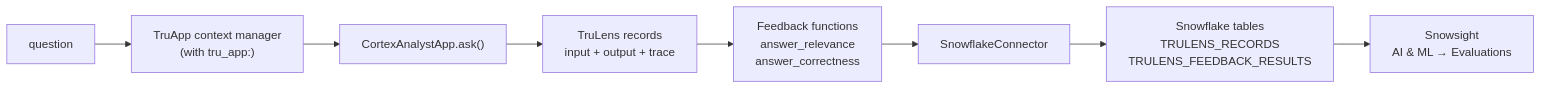
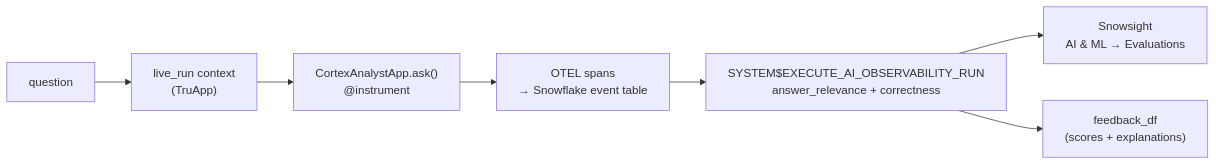
The ninth of 13 diagrams in .claude/architecture/ARCHITECTURE.md (CynicDog/semantic-model-weaver), drawn with Mermaid before and after one commit. The commit also changed other lines of this file and 21 other files, not shown here.

````diff
--- a/.claude/architecture/ARCHITECTURE.md
+++ b/.claude/architecture/ARCHITECTURE.md
@@ -344,14 +470,13 @@
 ```mermaid
 flowchart LR
     q["question"]
-    app["CortexAnalystApp.ask()"]
-    tru["TruApp context manager\n(with tru_app:)"]
-    rec["TruLens records\ninput + output + trace"]
-    fb["Feedback functions\nanswer_relevance\nanswer_correctness"]
-    conn["SnowflakeConnector"]
-    tbls["Snowflake tables\nTRULENS_RECORDS\nTRULENS_FEEDBACK_RESULTS"]
+    app["CortexAnalystApp.ask()\n@instrument"]
+    live["live_run context\n(TruApp)"]
+    otel["OTEL spans\n→ Snowflake event table"]
+    metrics["SYSTEM$EXECUTE_AI_OBSERVABILITY_RUN\nanswer_relevance + correctness"]
     ui["Snowsight\nAI & ML → Evaluations"]
+    df["feedback_df\n(scores + explanations)"]
 
-    q --> tru --> app --> rec
-    rec --> fb --> conn --> tbls --> ui
+    q --> live --> app --> otel --> metrics --> ui
+    metrics --> df
 ```
````
